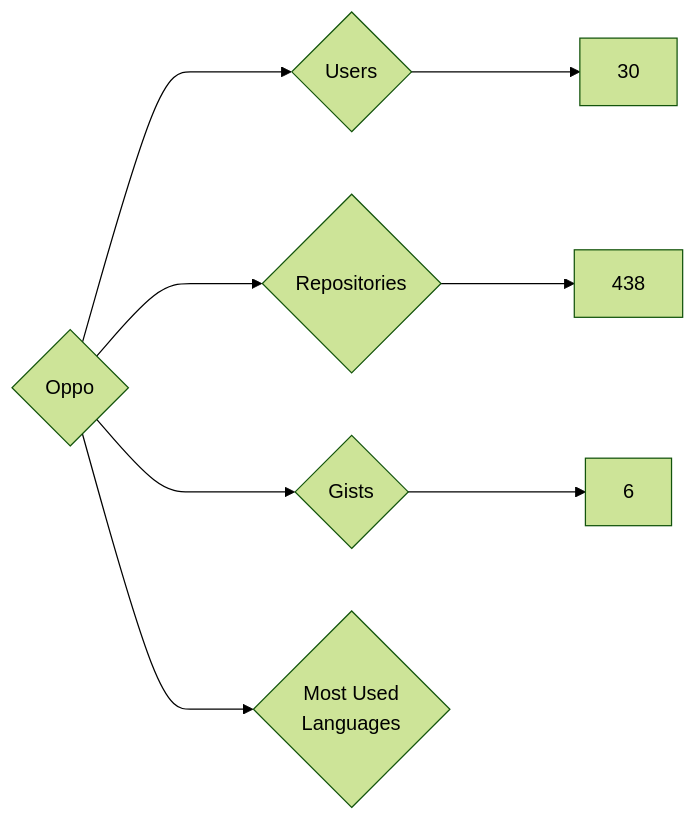
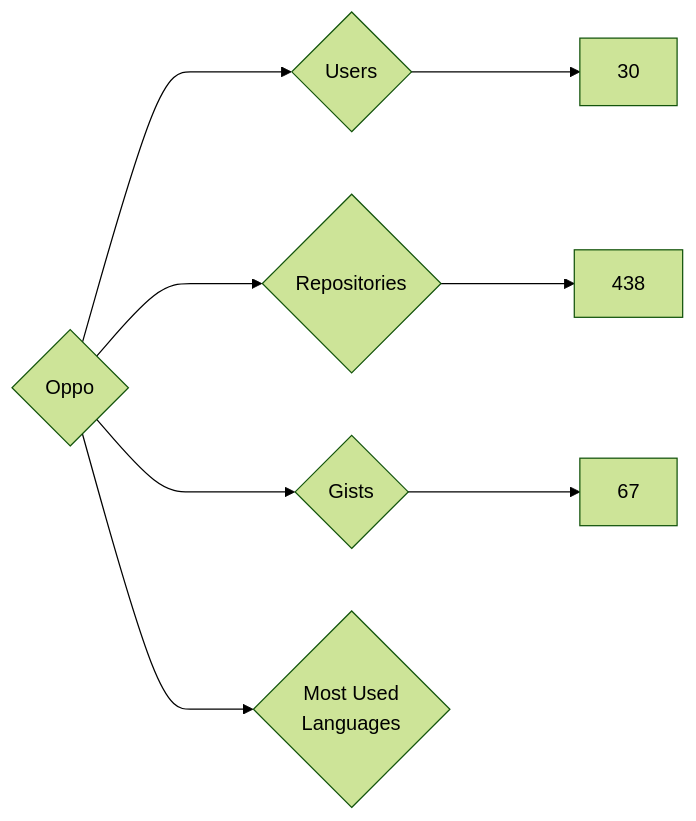
One commit to nenadzaric/insiders changed the diagram in targets/Oppo/README.md. Above: the diagram before and after it, drawn with Mermaid (forest theme). The commit also changed 1342 other files, not shown here.

````diff
--- a/targets/Oppo/README.md
+++ b/targets/Oppo/README.md
@@ -3,8 +3,8 @@
 ```mermaid
 graph LR
 COMPANY_NAME{Oppo}
 COMPANY_NAME ---> U{Users} ---> UN[30]
 COMPANY_NAME ---> R{Repositories} ---> RN[438]
-COMPANY_NAME ---> G{Gists} ---> GN[6]
+COMPANY_NAME ---> G{Gists} ---> GN[67]
 COMPANY_NAME ---> ML{Most Used<br>Languages}
 ```
````
